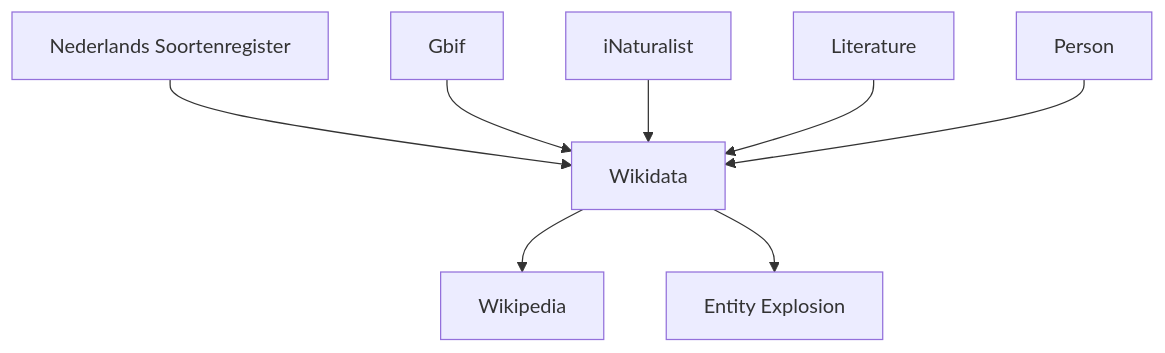
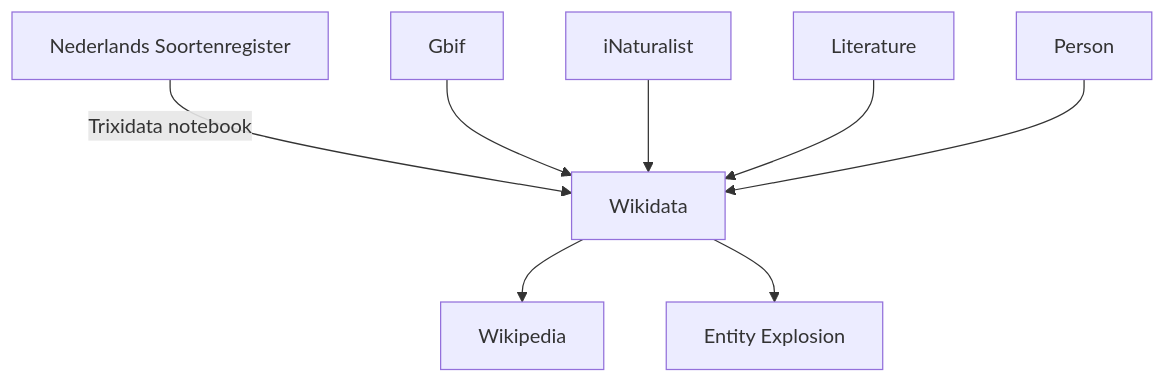
Before and after one commit to andrawaag/arise_hack2022: the diagram in README.md, drawn with Mermaid.

````diff
--- a/README.md
+++ b/README.md
@@ -3,10 +3,10 @@
 ```mermaid
   graph TD;
-      NS[Nederlands Soortenregister]-->WD[Wikidata];
+      NS[Nederlands Soortenregister]-->|Trixidata notebook|WD[Wikidata];
       WD-->WP[Wikipedia];
       G[Gbif]-->WD;
       I[iNaturalist]-->WD;
       DOI[Literature]-->WD;
       ORCID[Person]-->WD;
       WD-->EE[Entity Explosion]
 ```
````
